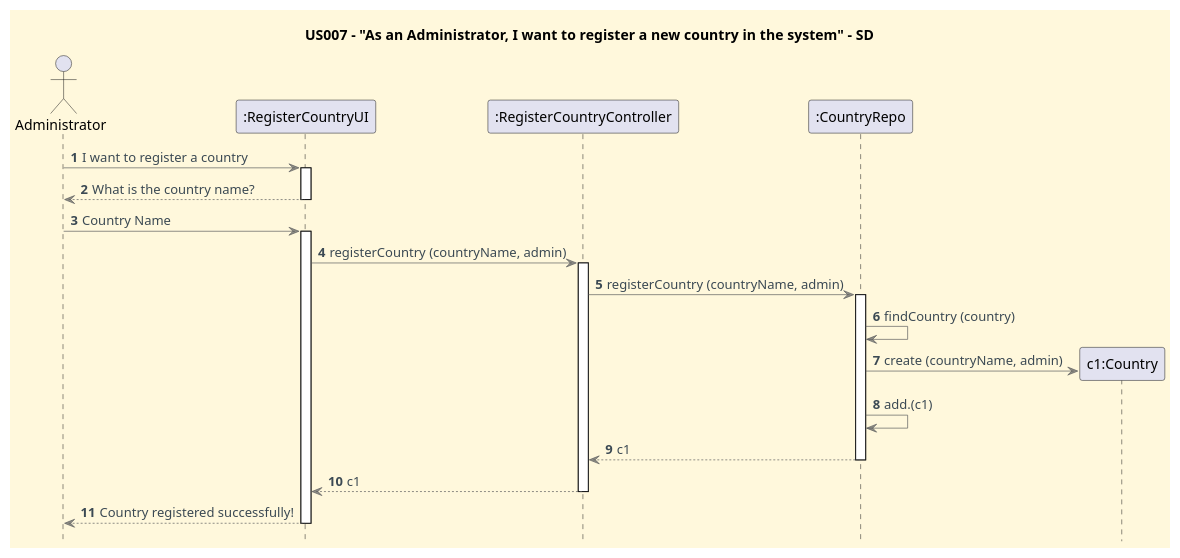
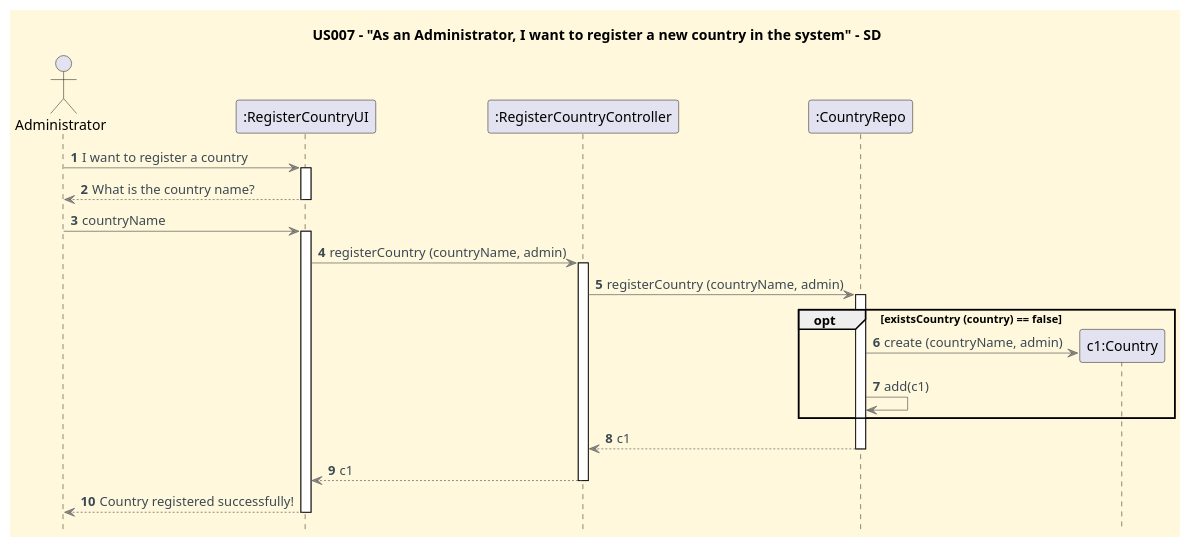
One commit to CarolinaLeite-collab/JavaMarketplacePlatform changed the diagram in docs/userStories/US007/US007_register_a_country_SD.puml. Above: the diagram before and after it, drawn with PlantUML.

Commit message:
Refs #155: updated SD for US007

```diff
--- a/docs/userStories/US007/US007_register_a_country_SD.puml
+++ b/docs/userStories/US007/US007_register_a_country_SD.puml
@@ -1,57 +1,52 @@
 @startuml
 '==== Title ====
 title US007 - "As an Administrator, I want to register a new country in the system" - SD
 
 '==== basic style ====
 skinparam monochrome false
 
 skinparam defaultFontName Futura
 skinparam objectFontSize 20
 skinparam backgroundColor CornSilk
 skinparam objectBackgroundColor WhiteSmoke
 skinparam noteBackgroundColor #FFFFE0
 skinparam ArrowFontColor #3B4953
 skinparam ArrowColor #57595BAA
 
 hidefootbox
 autonumber
 autoactivate off
 
 ' ==== Actor and participants ====
-actor Administrator as Adm
+actor Administrator as ADM
 participant ":RegisterCountryUI" as UI
-participant ":RegisterCountryController" as Ctl
-participant ":CountryRepo" as _cr
+participant ":RegisterCountryController" as CTL
+participant ":CountryRepo" as CR
 
-'==== Processes ====
-
-Adm -> UI: I want to register a country
+'==== UI interaction ====
+ADM -> UI: I want to register a country
 activate UI
-UI --> Adm: What is the country name?
+UI --> ADM: What is the country name?
 deactivate UI
-Adm -> UI: Country Name
+ADM -> UI: countryName
 activate UI
 
-UI -> Ctl: registerCountry (countryName, admin)
-activate Ctl
+'==== Use case execution ====
+UI -> CTL: registerCountry (countryName, admin)
+activate CTL
+CTL -> CR: registerCountry (countryName, admin)
+activate CR
 
-Ctl -> _cr: registerCountry (countryName, admin)
-activate _cr
-_cr -> _cr: findCountry (country)
+    opt existsCountry (country) == false
+        create "c1:Country"
+        CR -> "c1:Country": create (countryName, admin)
+        CR -> CR: add(c1)
+    end
 
-create "c1:Country"
-_cr -> "c1:Country": create (countryName, admin)
-
-_cr -> _cr: add.(c1)
-
-'==== Return ====
-
-_cr --> Ctl: c1
-deactivate _cr
-
-Ctl --> UI: c1
-deactivate Ctl
-
-UI --> Adm : Country registered successfully!
+CR --> CTL: c1
+deactivate CR
+CTL --> UI: c1
+deactivate CTL
+UI --> ADM : Country registered successfully!
 deactivate UI
 @enduml
```
